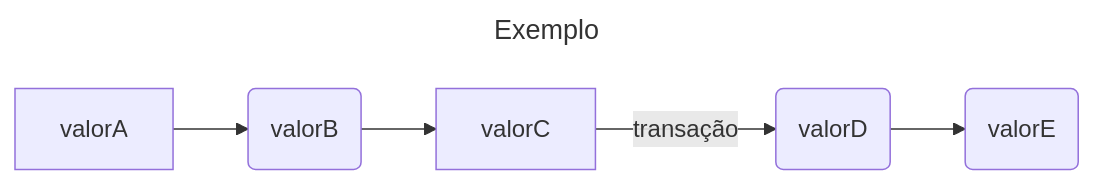
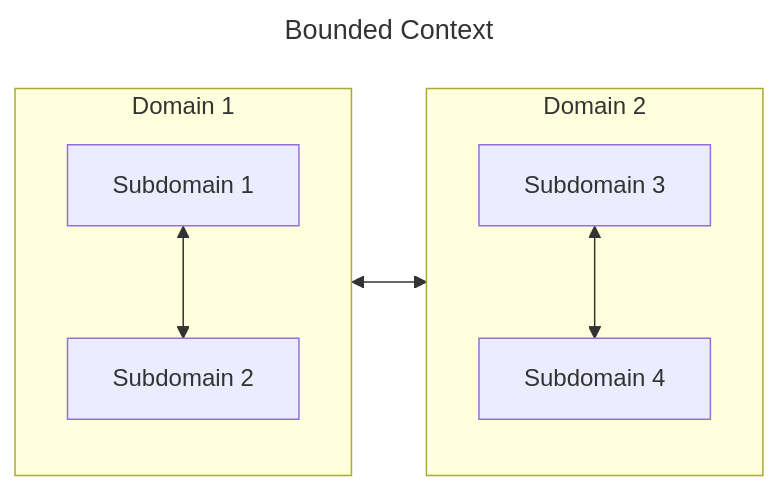
The diagram in EventDrivenMicroservices/README.md (willsbctm/estudos), drawn with Mermaid before and after one commit. The commit also changed other lines of this file and 1 other file, not shown here.

````diff
--- a/EventDrivenMicroservices/README.md
+++ b/EventDrivenMicroservices/README.md
@@ -5,10 +27,13 @@
 ```mermaid
 ---
-title: Exemplo
+title: Bounded Context
 ---
 flowchart LR
-    A[valorA] --> B(valorB)
-    B --> C[valorC]
-    C -->|transação| D(valorD)
-    D --> E(valorE)
+    subgraph c [Domain 1]
+    A[Subdomain 1]<-->B[Subdomain 2]
+    end
+    subgraph d [Domain 2]
+    E[Subdomain 3]<-->F[Subdomain 4]
+    end
+    c <--> d
 ```
````
